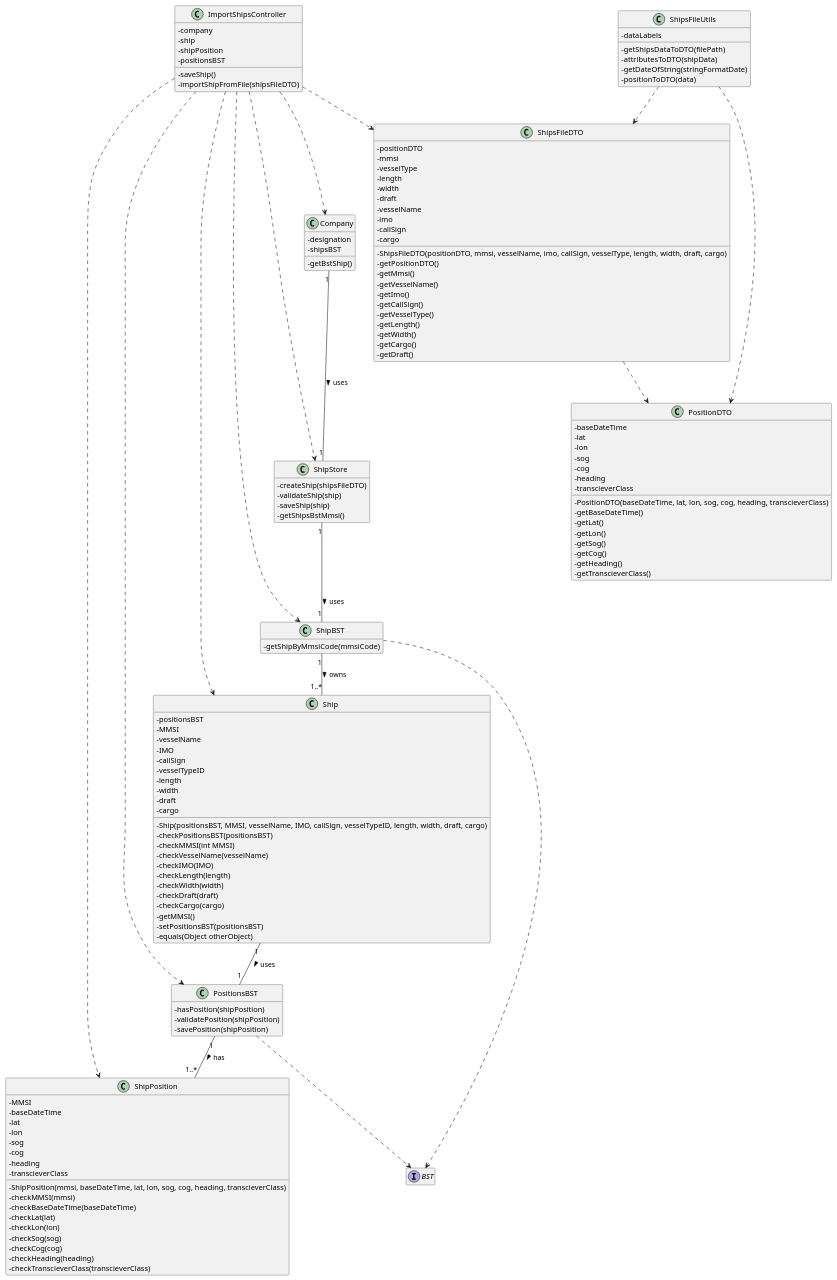
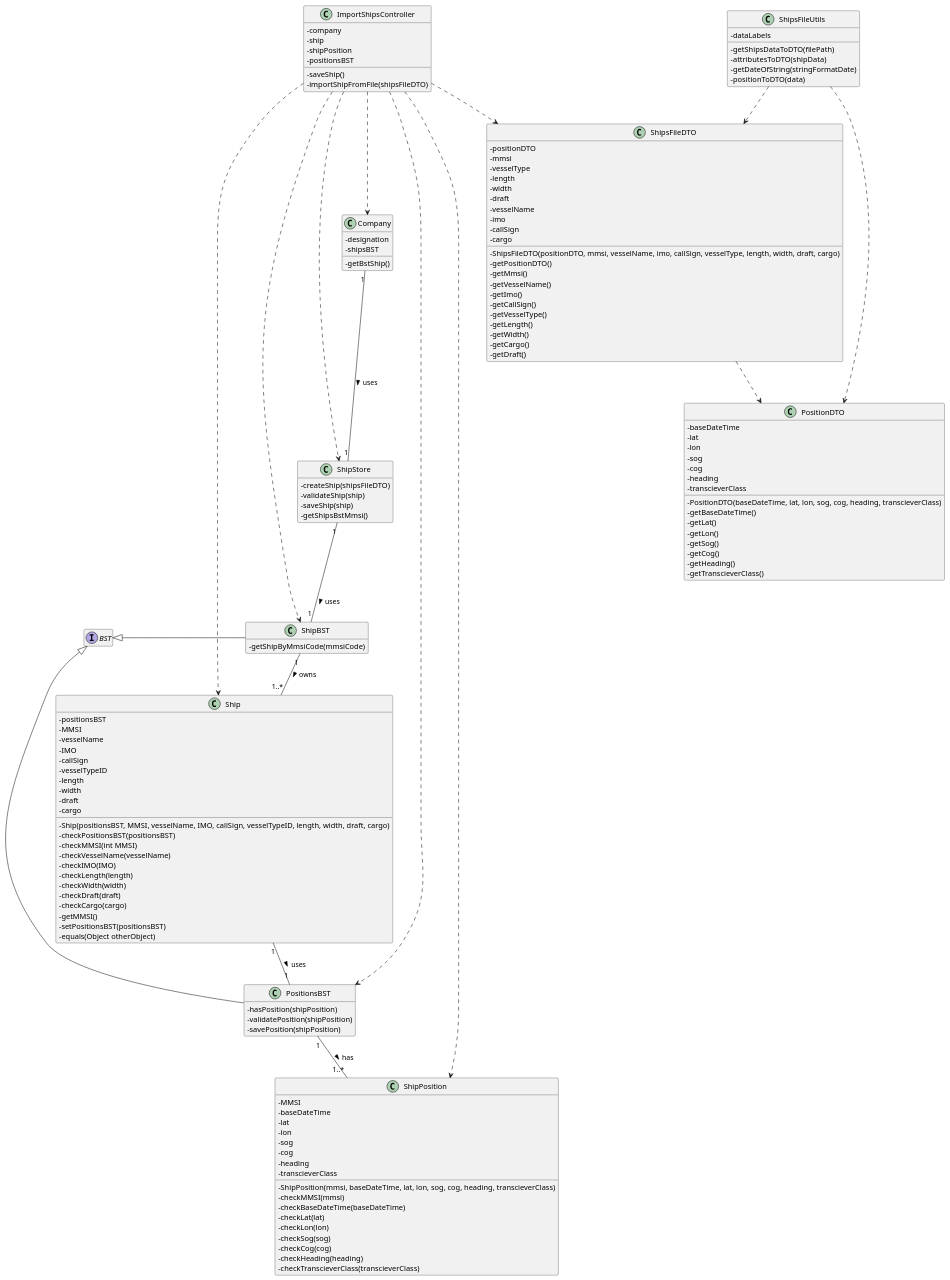
One commit to ana-albergaria/LAPR3-ISEP changed the diagram in docs/US101/US_101_CD.puml. Above: the diagram before and after it, drawn with PlantUML. The commit also changed 1 other file, not shown here.

```diff
--- a/docs/US101/US_101_CD.puml
+++ b/docs/US101/US_101_CD.puml
@@ -1,158 +1,158 @@
 @startuml
 
 hide empty methods
 hide empty attributes
 'left to right direction
 skinparam classAttributeIconSize 0
 
 class ImportShipsController {
 - company
 - ship
 - shipPosition
 - positionsBST
 - saveShip()
 - importShipFromFile(shipsFileDTO)
 }
 
 class Company {
 - designation
 - shipsBST
 - getBstShip()
 }
 
 class Ship {
 - positionsBST
 - MMSI
 - vesselName
 - IMO
 - callSign
 - vesselTypeID
 - length
 - width
 - draft
 - cargo
 - Ship(positionsBST, MMSI, vesselName, IMO, callSign, vesselTypeID, length, width, draft, cargo)
 - checkPositionsBST(positionsBST)
 - checkMMSI(int MMSI)
 - checkVesselName(vesselName)
 - checkIMO(IMO)
 - checkLength(length)
 - checkWidth(width)
 - checkDraft(draft)
 - checkCargo(cargo)
 - getMMSI()
 - setPositionsBST(positionsBST)
 - equals(Object otherObject)
 }
 
 class ShipPosition {
 - MMSI
 - baseDateTime
 - lat
 - lon
 - sog
 - cog
 - heading
 - transcieverClass
 - ShipPosition(mmsi, baseDateTime, lat, lon, sog, cog, heading, transcieverClass)
 - checkMMSI(mmsi)
 - checkBaseDateTime(baseDateTime)
 - checkLat(lat)
 - checkLon(lon)
 - checkSog(sog)
 - checkCog(cog)
 - checkHeading(heading)
 - checkTranscieverClass(transcieverClass)
 }
 
 class ShipStore {
 - createShip(shipsFileDTO)
 - validateShip(ship)
 - saveShip(ship)
 - getShipsBstMmsi()
 }
 
 class ShipBST {
 - getShipByMmsiCode(mmsiCode)
 }
 
 class PositionsBST {
 - hasPosition(shipPosition)
 - validatePosition(shipPosition)
 - savePosition(shipPosition)
 }
 
 class ShipsFileDTO{
 - positionDTO
 - mmsi
 - vesselType
 - length
 - width
 - draft
 - vesselName
 - imo
 - callSign
 - cargo
 - ShipsFileDTO(positionDTO, mmsi, vesselName, imo, callSign, vesselType, length, width, draft, cargo)
 - getPositionDTO()
 - getMmsi()
 - getVesselName()
 - getImo()
 - getCallSign()
 - getVesselType()
 - getLength()
 - getWidth()
 - getCargo()
 - getDraft()
 }
 
 class PositionDTO{
 - baseDateTime
 - lat
 - lon
 - sog
 - cog
 - heading
 - transcieverClass
 - PositionDTO(baseDateTime, lat, lon, sog, cog, heading, transcieverClass)
 - getBaseDateTime()
 - getLat()
 - getLon()
 - getSog()
 - getCog()
 - getHeading()
 - getTranscieverClass()
 }
 
 class ShipsFileUtils{
 - dataLabels
 - getShipsDataToDTO(filePath)
 - attributesToDTO(shipData)
 - getDateOfString(stringFormatDate)
 - positionToDTO(data)
 }
 
 Interface BST{
 }
 
 Company "1" -- "1" ShipStore : uses >
 ShipStore "1" -- "1" ShipBST : uses >
 ShipBST "1" -- "1..*" Ship : owns >
 Ship "1" -- "1" PositionsBST : uses >
 PositionsBST "1" -- "1..*" ShipPosition : has >
 ImportShipsController ..> Company
 ImportShipsController ..> ShipBST
 ImportShipsController ..> Ship
 ImportShipsController ..> PositionsBST
 ImportShipsController ..> ShipPosition
 ImportShipsController ..> ShipStore
-ShipBST ..> BST
-PositionsBST ..> BST
+BST <|- PositionsBST
+BST <|- ShipBST
 ShipsFileUtils ..> ShipsFileDTO
 ShipsFileUtils ..> PositionDTO
 ImportShipsController ..> ShipsFileDTO
 ShipsFileDTO ..> PositionDTO
 
 
 
 @enduml
```
